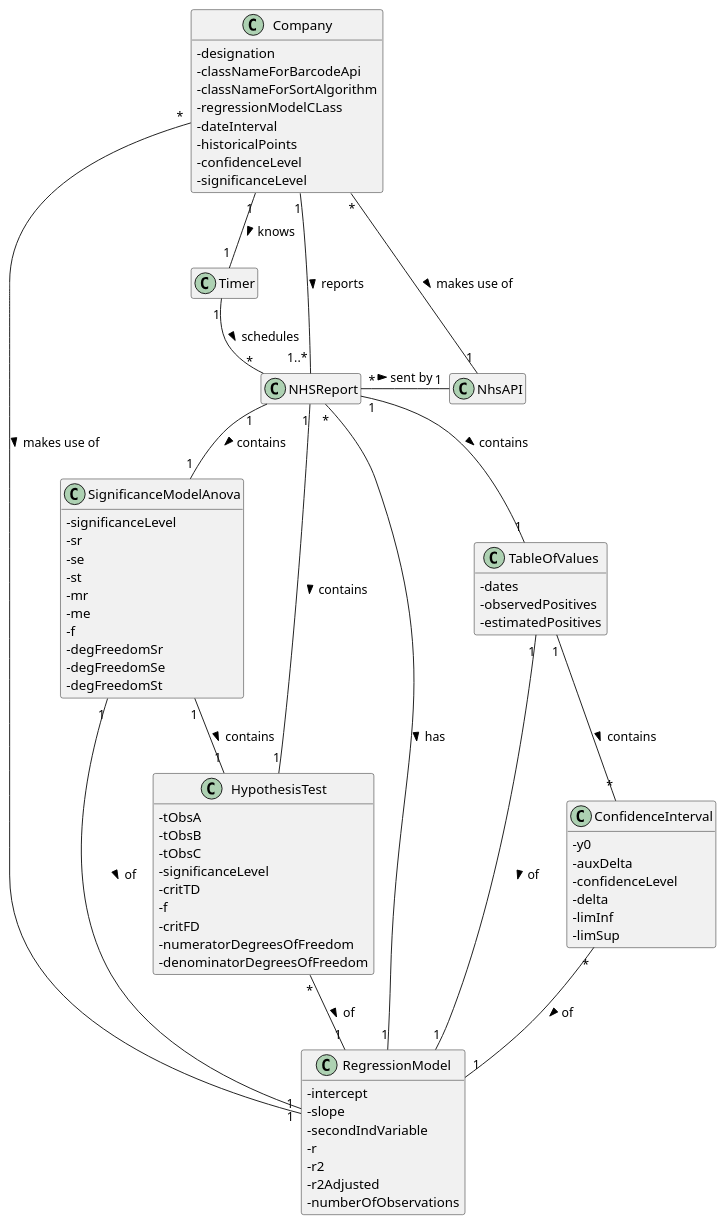
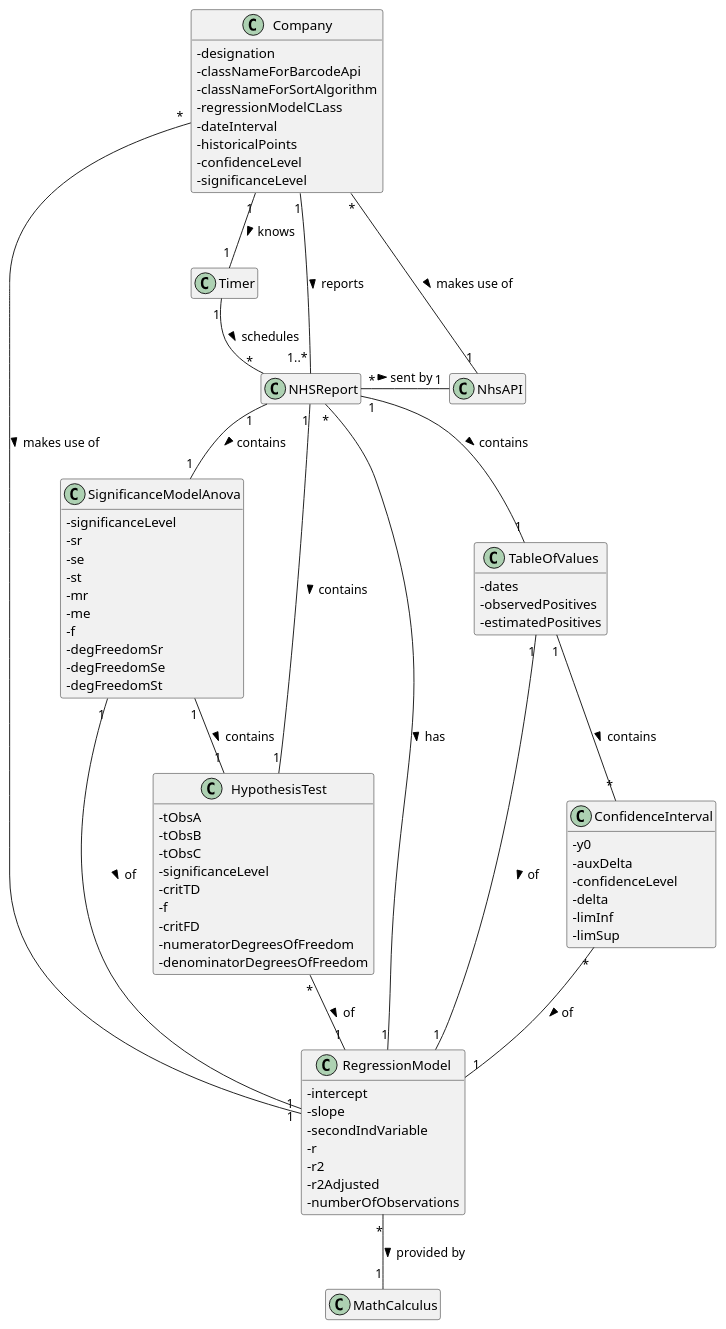
The diagram in docs/SprintD/US_19/US19_DM.puml (ana-albergaria/LAPR2-ISEP), drawn with PlantUML before and after one commit. The commit also changed 8 other files, not shown here.

Commit message:
US19/US18 Fixing and adding methods in TestStore + US19 Class Diagram

```diff
--- a/docs/SprintD/US_19/US19_DM.puml
+++ b/docs/SprintD/US_19/US19_DM.puml
@@ -1,145 +1,148 @@
 @startuml
 
 skinparam classAttributeIconSize 0
 hide empty methods
 hide empty attributes
 
 class Company {
 -designation
 -classNameForBarcodeApi
 -classNameForSortAlgorithm
 -regressionModelCLass
 -dateInterval
 -historicalPoints
 -confidenceLevel
 -significanceLevel
 }
 
 class Timer {}
 
 class NhsAPI{}
 
 class NHSReport {}
 
 class RegressionModel {
 -intercept
 -slope
 -secondIndVariable
 -r
 -r2
 -r2Adjusted
 -numberOfObservations
 }
 
 /'class ConfigFile {}'/
 
 'The interval of dates to fit the regression model
 /'class IntervalOfDates {}'/
 
 'Number of days and number of weeks
 /'class NumberOfHistoricalPoints {}'/
 
 'hypothesis tests for regression coefficients
 class HypothesisTest {
 -tObsA
 -tObsB
 -tObsC
 -significanceLevel
 -critTD
 -f
 -critFD
 -numeratorDegreesOfFreedom
 -denominatorDegreesOfFreedom
 }
 
 'significance model with Anova.
 class SignificanceModelAnova {
 -significanceLevel
 -sr
 -se
 -st
 -mr
 -me
 -f
 -degFreedomSr
 -degFreedomSe
 -degFreedomSt
 }
 
 class TableOfValues {
 -dates
 -observedPositives
 -estimatedPositives
 }
 
 class ConfidenceInterval {
 -y0
 -auxDelta
 -confidenceLevel
 -delta
 -limInf
 -limSup
 }
 
+class MathCalculus {}
+
 /'class NHSReportTask {
 -regressionModelClass
 -historicalPoints
 -significanceLevel
 -confidenceLevel
 -dateInterval
 }'/
 
 Timer "1" -- "*" NHSReport : schedules >
 /'NHSReportTask "1" -- "1..*" NHSReport : reports >'/
 Company "1" -- "1..*" NHSReport : reports >
 Company "1" -- "1" Timer : knows >
 /'Company "1" -- "1" NHSReportTask : knows >'/
 /'Company "*" - "1" NhsAPI : makes use of >'/
 Company "*" - "1" NhsAPI : makes use of >
 /'NHSReportTask "*" - "1" NhsAPI : makes use of >'/
 NHSReport "*" - "1" NhsAPI : sent by >
 NHSReport "*" -- "1" RegressionModel : has >
 NHSReport "1" -- "1" HypothesisTest : contains >
 NHSReport "1" -- "1" SignificanceModelAnova : contains >
 Company "*" -- "1" RegressionModel : makes use of >
 HypothesisTest "*" -- "1" RegressionModel : of >
 SignificanceModelAnova "1" -- "1" RegressionModel : of >
 SignificanceModelAnova "1" -- "1" HypothesisTest : contains >
 NHSReport "1" - "1" TableOfValues : contains >
 TableOfValues "1" -- "1" RegressionModel : of >
 TableOfValues "1" -- "*" ConfidenceInterval : contains >
 ConfidenceInterval "*" -- "1" RegressionModel : of >
+RegressionModel "*" -- "1" MathCalculus : provided by >
 /'Timer "1" -- "*" NHSReportTask : schedules >'/
 /'NHSReportTask "1" -- "1" RegressionModel : makes use of >'/
 /'NHSReportTask "*" -- "1" RegressionModel : makes use of >'/
 
 
 'ANTIGO
 /'NHSReportTask "1" -- "1..*" NHSReport : reports >
 Company "1" -- "1" Timer : knows >
 Company "*" - "1" NhsAPI : makes use of >'/
 /'NHSReportTask "*" -- "1" NhsAPI : makes use of >'/
 /'NHSReport "*" -- "1" NhsAPI : sent by >
 NHSReport "*" -- "1" RegressionModel : has >
 NHSReport "1" -- "1" HypothesisTest : contains >
 NHSReport "1" -- "1" SignificanceModelAnova : contains >
 Company "*" -- "1" RegressionModel : makes use of >
 HypothesisTest "*" -- "1" RegressionModel : of >
 SignificanceModelAnova "1" -- "1" RegressionModel : of >
 SignificanceModelAnova "1" -- "1" HypothesisTest : contains >
 NHSReport "1" -- "1" TableOfValues : contains >
 TableOfValues "1" -- "1" RegressionModel : of >
 TableOfValues "1" -- "*" ConfidenceInterval : contains >
 ConfidenceInterval "*" -- "1" RegressionModel : of >
 Timer "1" - "*" NHSReportTask : schedules >
 NHSReportTask "1" -- "1" RegressionModel : makes use of >'/
 /'NHSReportTask "*" -- "1" RegressionModel : makes use of >'/
 
 'Apagar posteriormente
 /'RegressionModel "1" -- "1" ConfigFile : defined by >
 IntervalOfDates "1" -- "1" ConfigFile : defined by >
 NumberOfHistoricalPoints "1" -- "1" ConfigFile : defined by >'/
 
 
 
 @enduml
```
